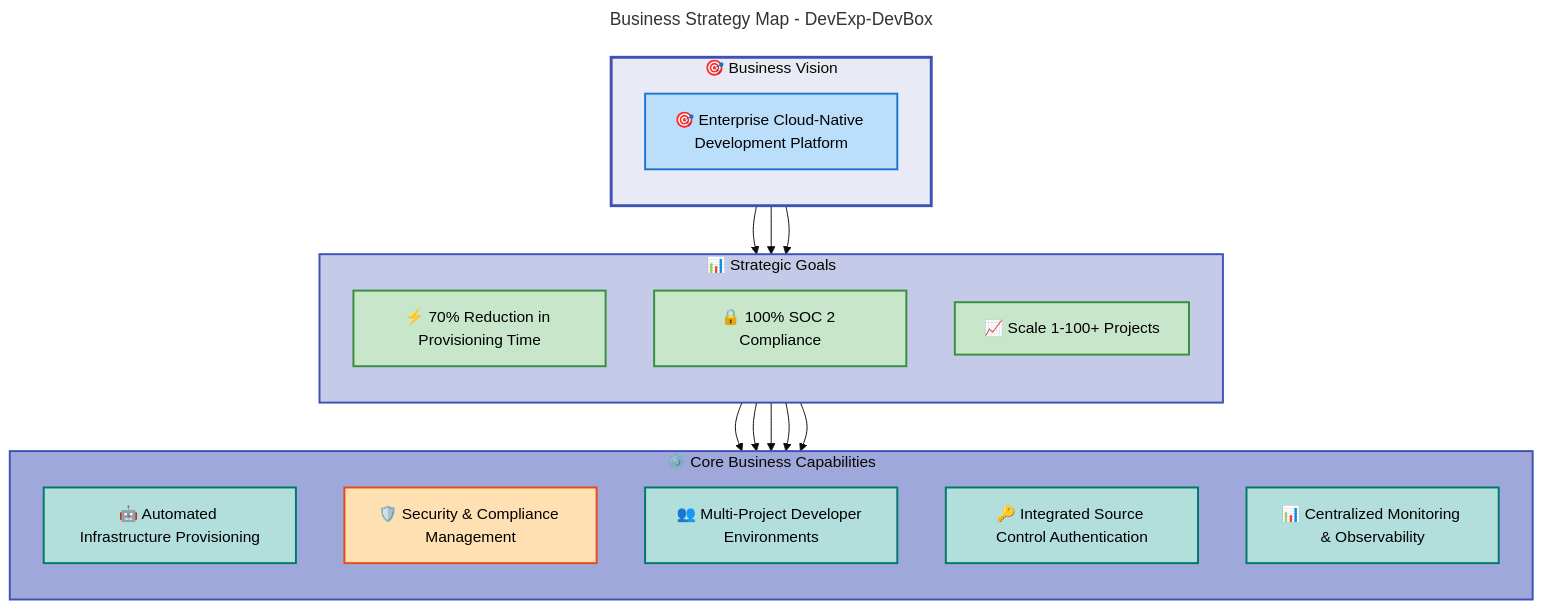
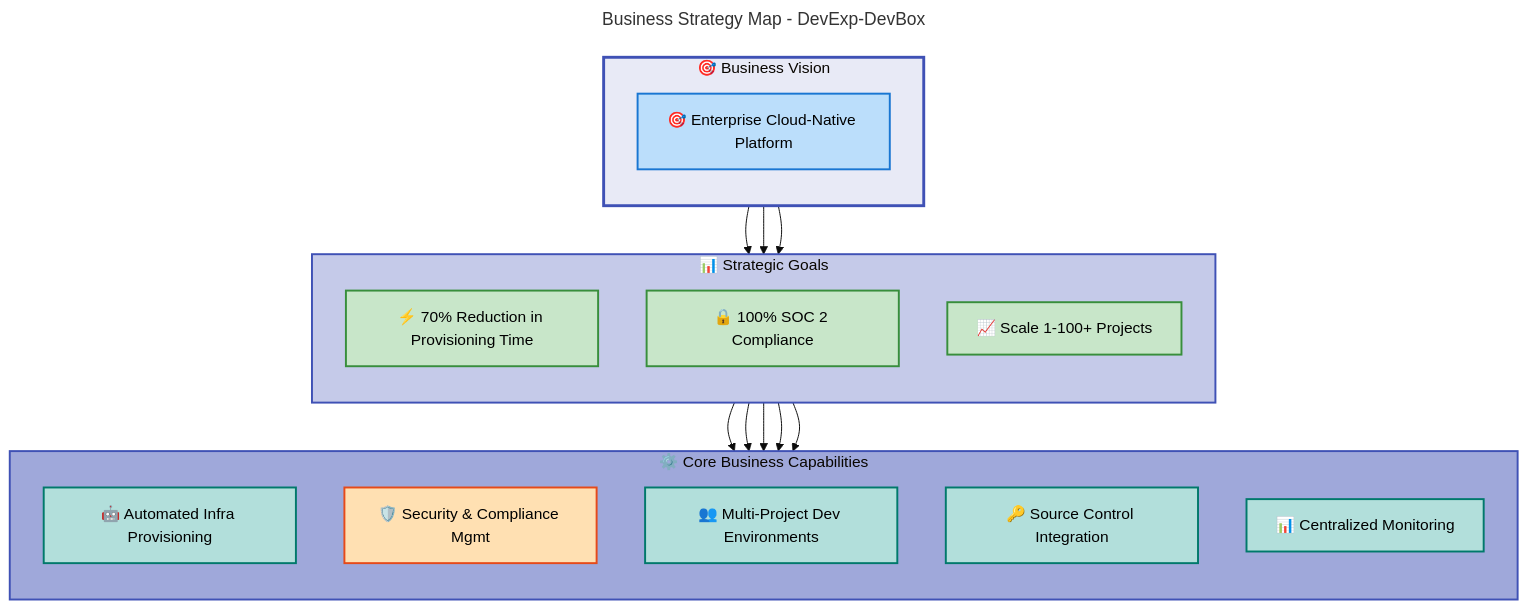
Before and after one commit to Evilazaro/DevExp-DevBox: the first of 5 diagrams in docs/Business-Architecture-BDAT.md, drawn with Mermaid. The commit also changed other lines of this file, not shown here.

Commit message:
Refine Business Architecture Document terminology and flowchart labels for improved clarity and consistency

````diff
--- a/docs/Business-Architecture-BDAT.md
+++ b/docs/Business-Architecture-BDAT.md
@@ -102,61 +102,61 @@
 ```mermaid
 ---
 title: Business Strategy Map - DevExp-DevBox
 config:
   theme: base
   flowchart:
     htmlLabels: false
 ---
 flowchart TD
     accTitle: Business Strategy Map showing strategic objectives and enabling capabilities
     accDescr: Hierarchical view of business vision, strategic goals, and operational capabilities for DevExp-DevBox platform
 
     %% STANDARD COLOR SCHEME v2.1 - Material Design 3
     %% Hierarchical Colors (Structural Nesting)
     classDef level1Group fill:#E8EAF6,stroke:#3F51B5,stroke-width:3px,color:#000
     classDef level2Group fill:#C5CAE9,stroke:#3F51B5,stroke-width:2px,color:#000
     classDef level3Group fill:#9FA8DA,stroke:#3F51B5,stroke-width:2px,color:#000
 
     %% Semantic Colors (Functional Content - 100-level shades)
     classDef mdBlue fill:#BBDEFB,stroke:#1976D2,stroke-width:2px,color:#000
     classDef mdGreen fill:#C8E6C9,stroke:#388E3C,stroke-width:2px,color:#000
     classDef mdOrange fill:#FFE0B2,stroke:#E64A19,stroke-width:2px,color:#000
     classDef mdTeal fill:#B2DFDB,stroke:#00796B,stroke-width:2px,color:#000
     classDef mdYellow fill:#FFF9C4,stroke:#F57F17,stroke-width:2px,color:#000
 
     subgraph vision["🎯 Business Vision"]
         direction TB
-        v1["🎯 Enterprise Cloud-Native Development Platform"]:::mdBlue
+        v1["🎯 Enterprise Cloud-Native Platform"]:::mdBlue
     end
 
     subgraph goals["📊 Strategic Goals"]
         direction TB
         g1["⚡ 70% Reduction in Provisioning Time"]:::mdGreen
         g2["🔒 100% SOC 2 Compliance"]:::mdGreen
         g3["📈 Scale 1-100+ Projects"]:::mdGreen
     end
 
     subgraph capabilities["⚙️ Core Business Capabilities"]
         direction TB
-        c1["🤖 Automated Infrastructure Provisioning"]:::mdTeal
-        c2["🛡️ Security & Compliance Management"]:::mdOrange
-        c3["👥 Multi-Project Developer Environments"]:::mdTeal
-        c4["🔑 Integrated Source Control Authentication"]:::mdTeal
-        c5["📊 Centralized Monitoring & Observability"]:::mdTeal
+        c1["🤖 Automated Infra Provisioning"]:::mdTeal
+        c2["🛡️ Security & Compliance Mgmt"]:::mdOrange
+        c3["👥 Multi-Project Dev Environments"]:::mdTeal
+        c4["🔑 Source Control Integration"]:::mdTeal
+        c5["📊 Centralized Monitoring"]:::mdTeal
     end
 
     v1 --> g1
     v1 --> g2
     v1 --> g3
     g1 --> c1
     g2 --> c2
     g3 --> c3
     g1 --> c4
     g2 --> c5
 
     style vision fill:#E8EAF6,stroke:#3F51B5,stroke-width:3px
     style goals fill:#C5CAE9,stroke:#3F51B5,stroke-width:2px
     style capabilities fill:#9FA8DA,stroke:#3F51B5,stroke-width:2px
 
     %% Accessibility: WCAG AA verified (4.5:1 contrast ratio)
 ```
````
